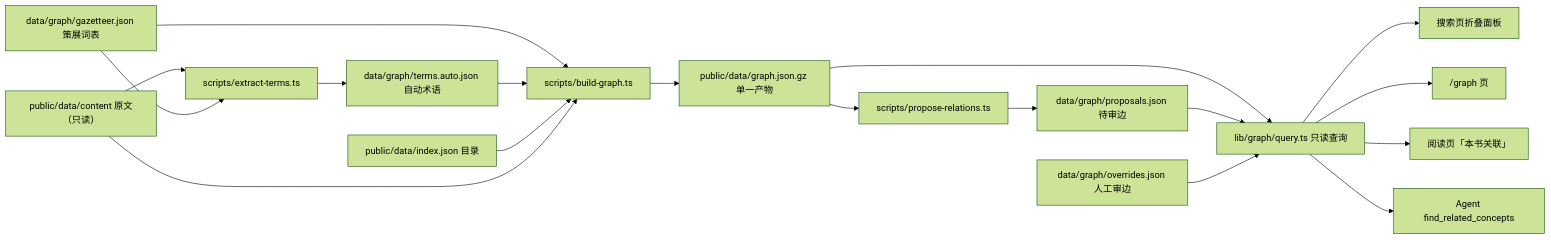
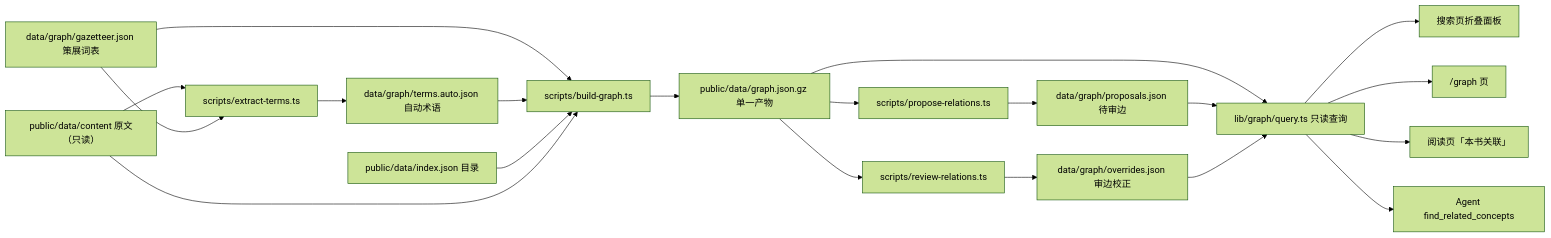
One commit to DaimaRuge/daozang-web-main changed the first of 2 diagrams in docs/ARCHITECTURE.md. Above: the diagram before and after it, drawn with Mermaid (forest theme). The commit also changed other lines of this file and 13 other files, not shown here.

First line of the commit message:
feat(graph): 清空万级待审队列，共现按政策裁定

````diff
--- a/docs/ARCHITECTURE.md
+++ b/docs/ARCHITECTURE.md
@@ -59,20 +59,22 @@
 ```mermaid
 flowchart LR
   content["public/data/content 原文（只读）"] --> extract["scripts/extract-terms.ts"]
   gaz["data/graph/gazetteer.json 策展词表"] --> extract
   extract --> auto["data/graph/terms.auto.json 自动术语"]
   gaz --> build["scripts/build-graph.ts"]
   auto --> build
   idx["public/data/index.json 目录"] --> build
   content --> build
   build --> artifact["public/data/graph.json.gz 单一产物"]
   artifact --> query["lib/graph/query.ts 只读查询"]
   artifact --> propose["scripts/propose-relations.ts"]
   propose --> proposals["data/graph/proposals.json 待审边"]
+  artifact --> reviewRel["scripts/review-relations.ts"]
+  reviewRel --> ov
   proposals --> query
   query --> search["搜索页折叠面板"]
   query --> page["/graph 页"]
   query --> reader["阅读页「本书关联」"]
   query --> agent["Agent find_related_concepts"]
-  ov["data/graph/overrides.json 人工审边"] --> query
+  ov["data/graph/overrides.json 审边校正"] --> query
 ```
````
